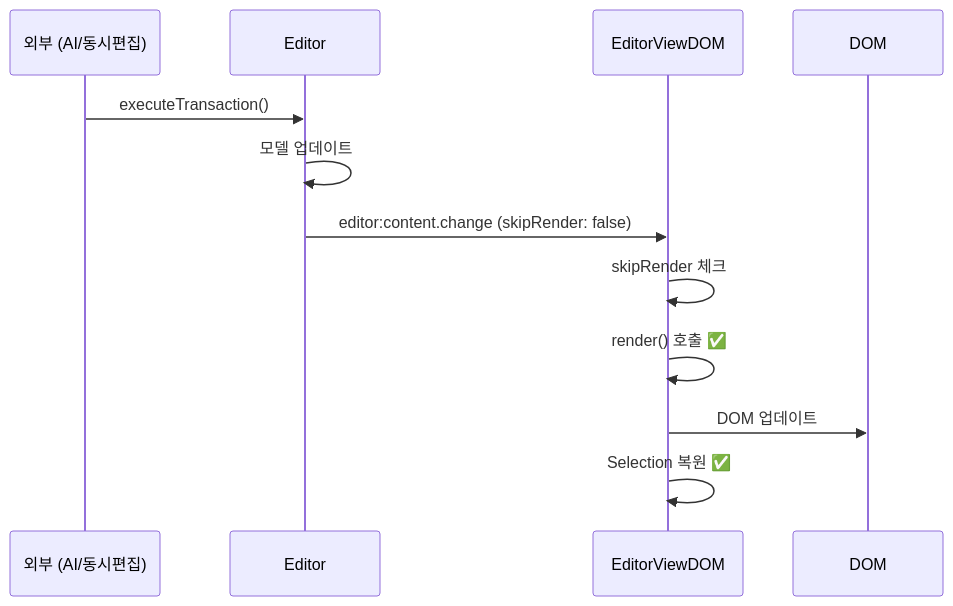
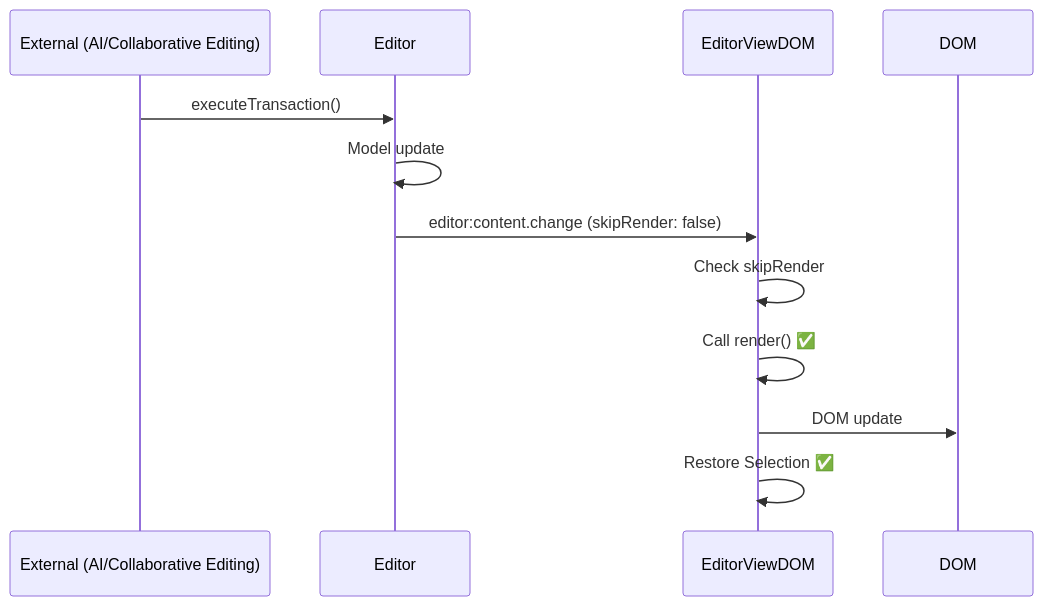
One commit to barocss/barocss-editor changed the second of 16 diagrams in packages/editor-view-dom/docs/plan/input-rendering-race-condition.md. Above: the diagram before and after it, drawn with Mermaid. The commit also changed other lines of this file and 2 other files, not shown here.

````diff
--- a/packages/editor-view-dom/docs/plan/input-rendering-race-condition.md
+++ b/packages/editor-view-dom/docs/plan/input-rendering-race-condition.md
@@ -134,15 +134,15 @@
 ```mermaid
 sequenceDiagram
-    participant External as 외부 (AI/동시편집)
+    participant External as External (AI/Collaborative Editing)
     participant Editor as Editor
     participant EVD as EditorViewDOM
     participant DOM as DOM
 
     External->>Editor: executeTransaction()
-    Editor->>Editor: 모델 업데이트
+    Editor->>Editor: Model update
     Editor->>EVD: editor:content.change (skipRender: false)
-    EVD->>EVD: skipRender 체크
-    EVD->>EVD: render() 호출 ✅
-    EVD->>DOM: DOM 업데이트
-    EVD->>EVD: Selection 복원 ✅
+    EVD->>EVD: Check skipRender
+    EVD->>EVD: Call render() ✅
+    EVD->>DOM: DOM update
+    EVD->>EVD: Restore Selection ✅
 ```
````
